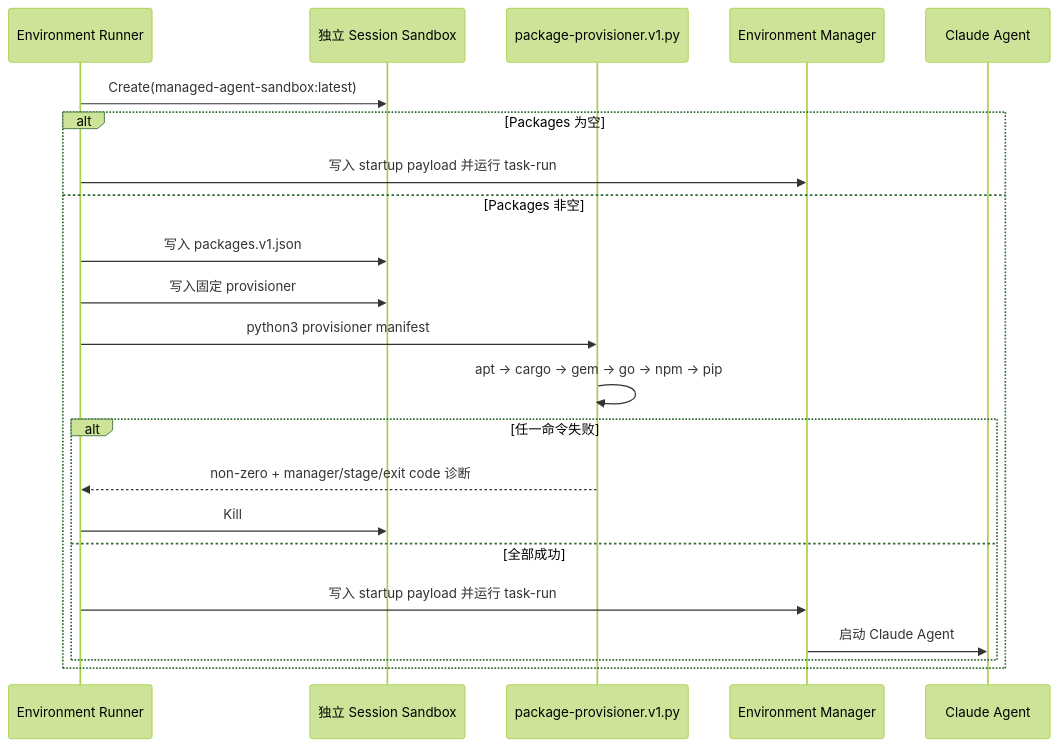
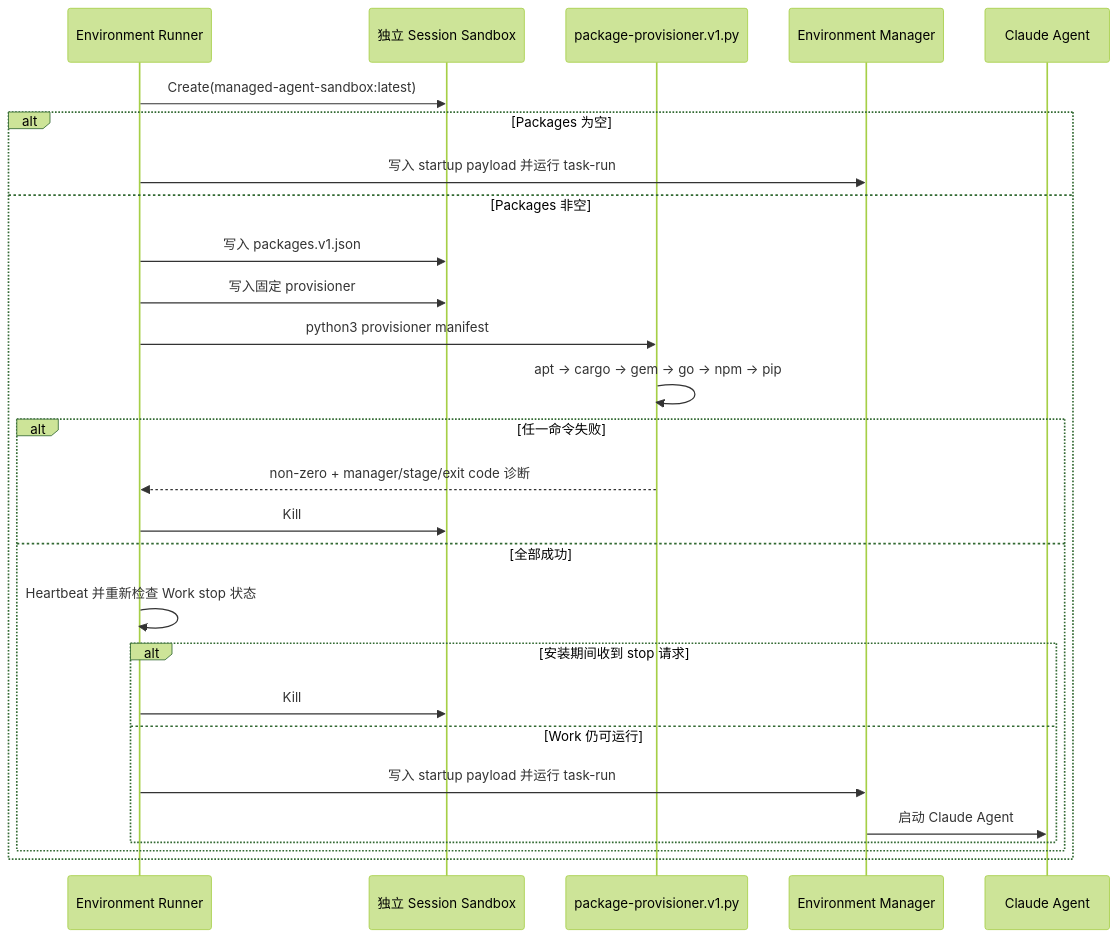
Before and after one commit to superduck-ai/open-managed-agents: the diagram in docs/design/be/environment-package-provisioning.md, drawn with Mermaid (forest theme). The commit also changed other lines of this file and 7 other files, not shown here.

````diff
--- a/docs/design/be/environment-package-provisioning.md
+++ b/docs/design/be/environment-package-provisioning.md
@@ -17,25 +17,30 @@
 ```mermaid
 sequenceDiagram
     participant Runner as Environment Runner
     participant E2B as 独立 Session Sandbox
     participant Provisioner as package-provisioner.v1.py
     participant Manager as Environment Manager
     participant Agent as Claude Agent
 
     Runner->>E2B: Create(managed-agent-sandbox:latest)
     alt Packages 为空
         Runner->>Manager: 写入 startup payload 并运行 task-run
     else Packages 非空
         Runner->>E2B: 写入 packages.v1.json
         Runner->>E2B: 写入固定 provisioner
         Runner->>Provisioner: python3 provisioner manifest
         Provisioner->>Provisioner: apt → cargo → gem → go → npm → pip
         alt 任一命令失败
             Provisioner-->>Runner: non-zero + manager/stage/exit code 诊断
             Runner->>E2B: Kill
         else 全部成功
-            Runner->>Manager: 写入 startup payload 并运行 task-run
-            Manager->>Agent: 启动 Claude Agent
+            Runner->>Runner: Heartbeat 并重新检查 Work stop 状态
+            alt 安装期间收到 stop 请求
+                Runner->>E2B: Kill
+            else Work 仍可运行
+                Runner->>Manager: 写入 startup payload 并运行 task-run
+                Manager->>Agent: 启动 Claude Agent
+            end
         end
     end
 ```
````
